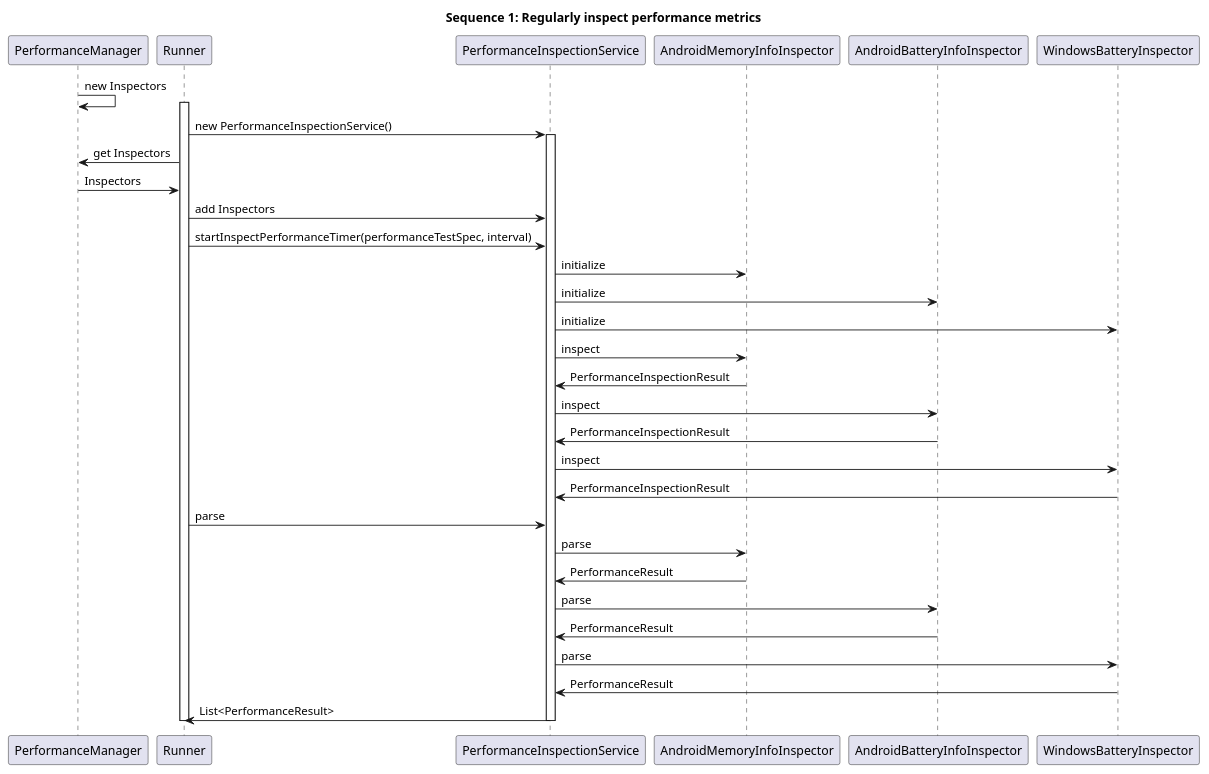
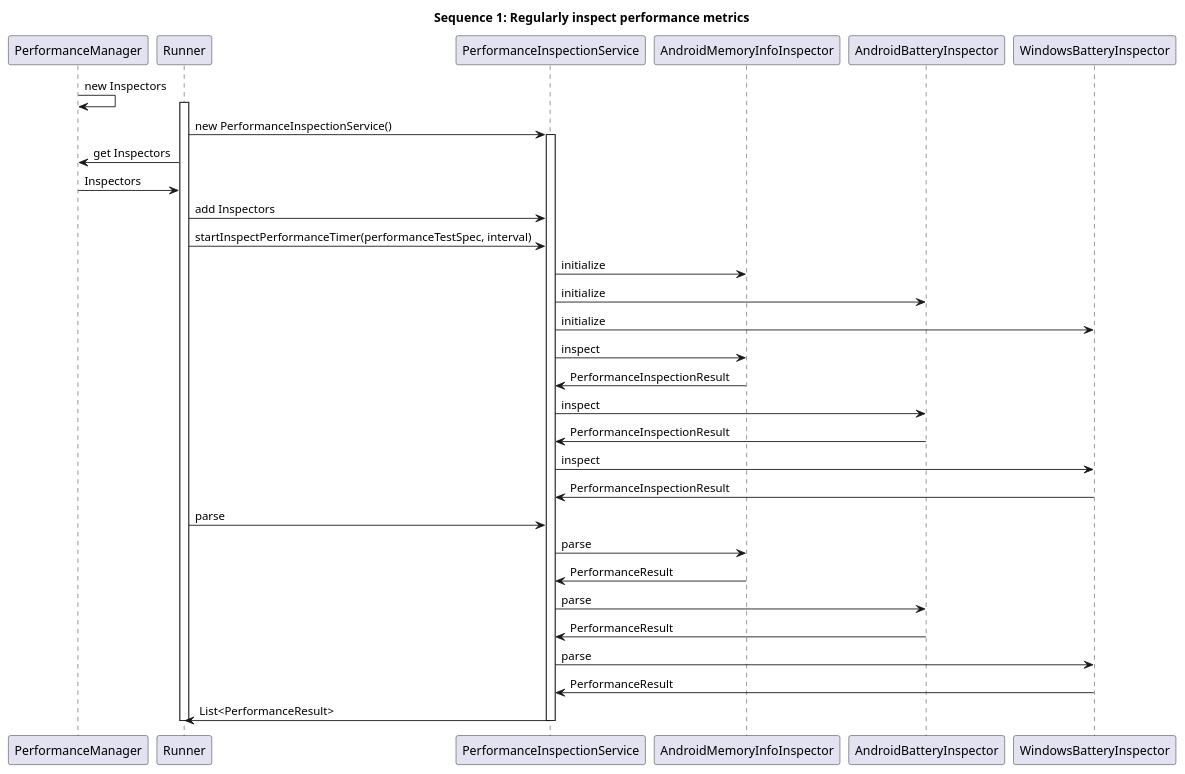
Before and after one commit to microsoft/HydraLab: the second of 3 diagrams in agent/doc/UML/perf_design.puml, drawn with PlantUML. The commit also changed other lines of this file, not shown here.

Commit message:
Update Sequence

```diff
--- a/agent/doc/UML/perf_design.puml
+++ b/agent/doc/UML/perf_design.puml
@@ -92,38 +92,38 @@
 @startuml
 participant PerformanceManager
 participant Runner
 participant PerformanceInspectionService
 participant AndroidMemoryInfoInspector
-participant AndroidBatteryInfoInspector
+participant AndroidBatteryInspector
 participant WindowsBatteryInspector
 
 title Sequence 1: Regularly inspect performance metrics
 
 PerformanceManager -> PerformanceManager: new Inspectors
 activate Runner
 Runner -> PerformanceInspectionService : new PerformanceInspectionService()
 activate PerformanceInspectionService
 Runner -> PerformanceManager: get Inspectors
 PerformanceManager -> Runner: Inspectors
 Runner -> PerformanceInspectionService : add Inspectors
 Runner -> PerformanceInspectionService : startInspectPerformanceTimer(performanceTestSpec, interval)
 PerformanceInspectionService -> AndroidMemoryInfoInspector : initialize
-PerformanceInspectionService -> AndroidBatteryInfoInspector : initialize
+PerformanceInspectionService -> AndroidBatteryInspector : initialize
 PerformanceInspectionService -> WindowsBatteryInspector : initialize
 PerformanceInspectionService -> AndroidMemoryInfoInspector : inspect
 AndroidMemoryInfoInspector -> PerformanceInspectionService : PerformanceInspectionResult
-PerformanceInspectionService -> AndroidBatteryInfoInspector : inspect
-AndroidBatteryInfoInspector -> PerformanceInspectionService : PerformanceInspectionResult
+PerformanceInspectionService -> AndroidBatteryInspector : inspect
+AndroidBatteryInspector -> PerformanceInspectionService : PerformanceInspectionResult
 PerformanceInspectionService -> WindowsBatteryInspector : inspect
 WindowsBatteryInspector -> PerformanceInspectionService : PerformanceInspectionResult
 Runner -> PerformanceInspectionService : parse
 PerformanceInspectionService -> AndroidMemoryInfoInspector : parse
 AndroidMemoryInfoInspector -> PerformanceInspectionService : PerformanceResult
-PerformanceInspectionService -> AndroidBatteryInfoInspector : parse
-AndroidBatteryInfoInspector -> PerformanceInspectionService : PerformanceResult
+PerformanceInspectionService -> AndroidBatteryInspector : parse
+AndroidBatteryInspector -> PerformanceInspectionService : PerformanceResult
 PerformanceInspectionService -> WindowsBatteryInspector : parse
 WindowsBatteryInspector -> PerformanceInspectionService : PerformanceResult
 PerformanceInspectionService -> Runner: List<PerformanceResult>
 deactivate PerformanceInspectionService
 deactivate Runner
 @enduml
```
